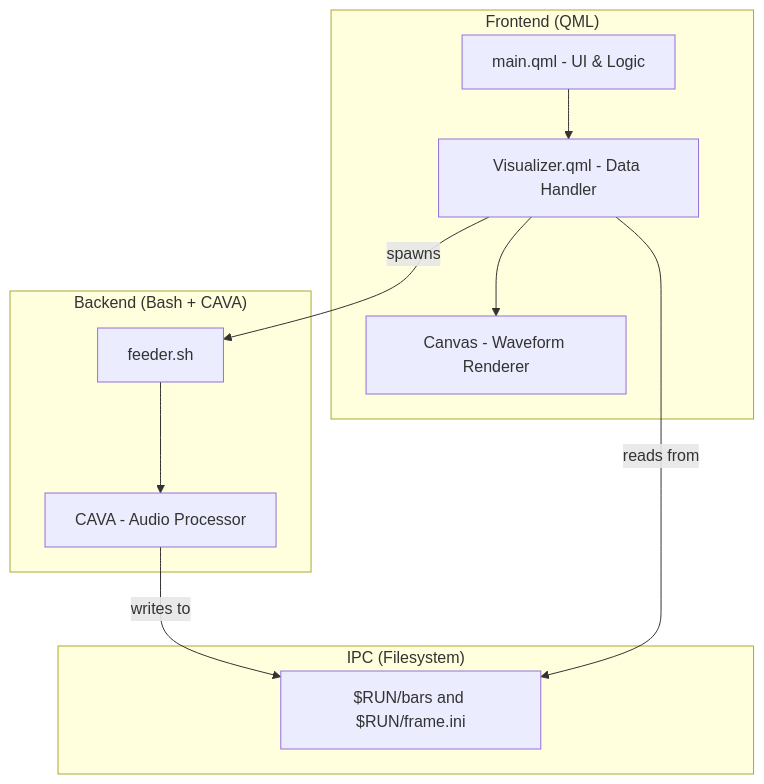
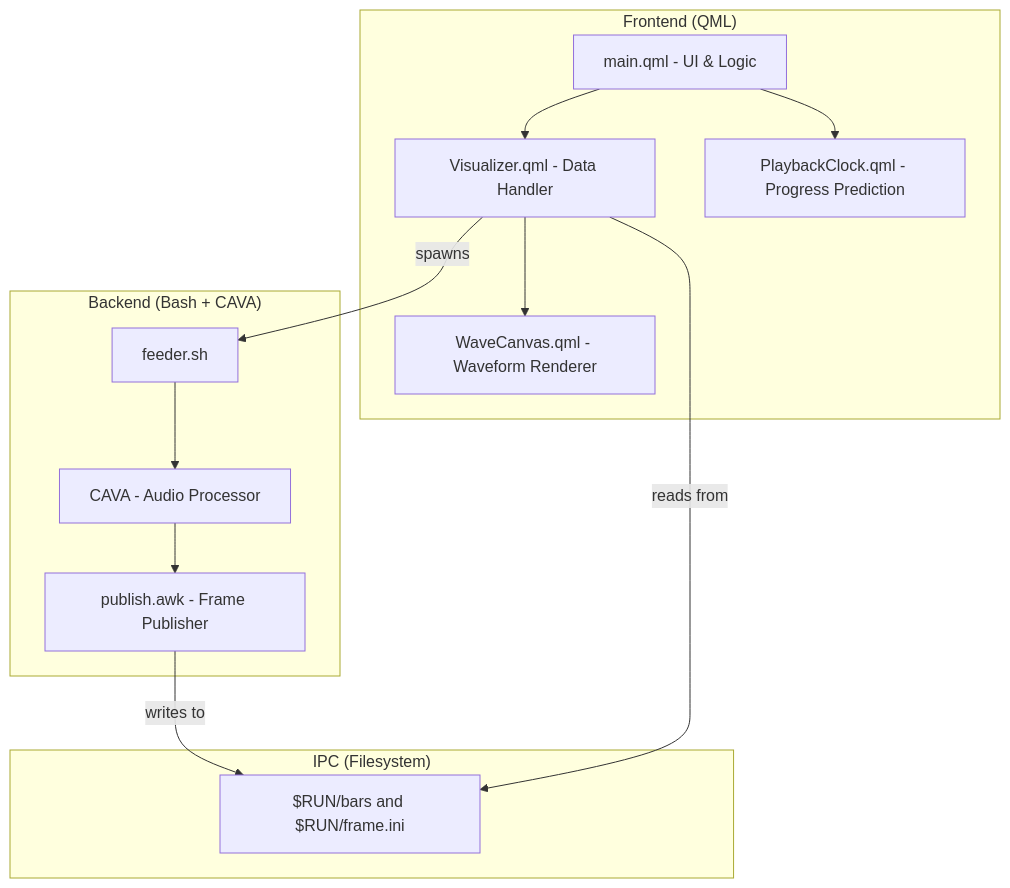
One commit to Muddyblack/audio-wave-visualizer changed the first of 2 diagrams in docs/workflow.md. Above: the diagram before and after it, drawn with Mermaid. The commit also changed other lines of this file and 16 other files, not shown here.

````diff
--- a/docs/workflow.md
+++ b/docs/workflow.md
@@ -7,24 +7,28 @@
 ```mermaid
 graph TD
     subgraph "Frontend (QML)"
         main[main.qml - UI & Logic]
         vis[Visualizer.qml - Data Handler]
-        canvas[Canvas - Waveform Renderer]
+        canvas[WaveCanvas.qml - Waveform Renderer]
+        clock[PlaybackClock.qml - Progress Prediction]
     end
 
     subgraph "IPC (Filesystem)"
         bars_file["$RUN/bars and $RUN/frame.ini"]
     end
 
     subgraph "Backend (Bash + CAVA)"
         feeder[feeder.sh]
         cava[CAVA - Audio Processor]
+        publisher[publish.awk - Frame Publisher]
     end
 
     main --> vis
+    main --> clock
     vis --> canvas
     vis -- spawns --> feeder
     feeder --> cava
-    cava -- writes to --> bars_file
+    cava --> publisher
+    publisher -- writes to --> bars_file
     vis -- reads from --> bars_file
 ```
````
